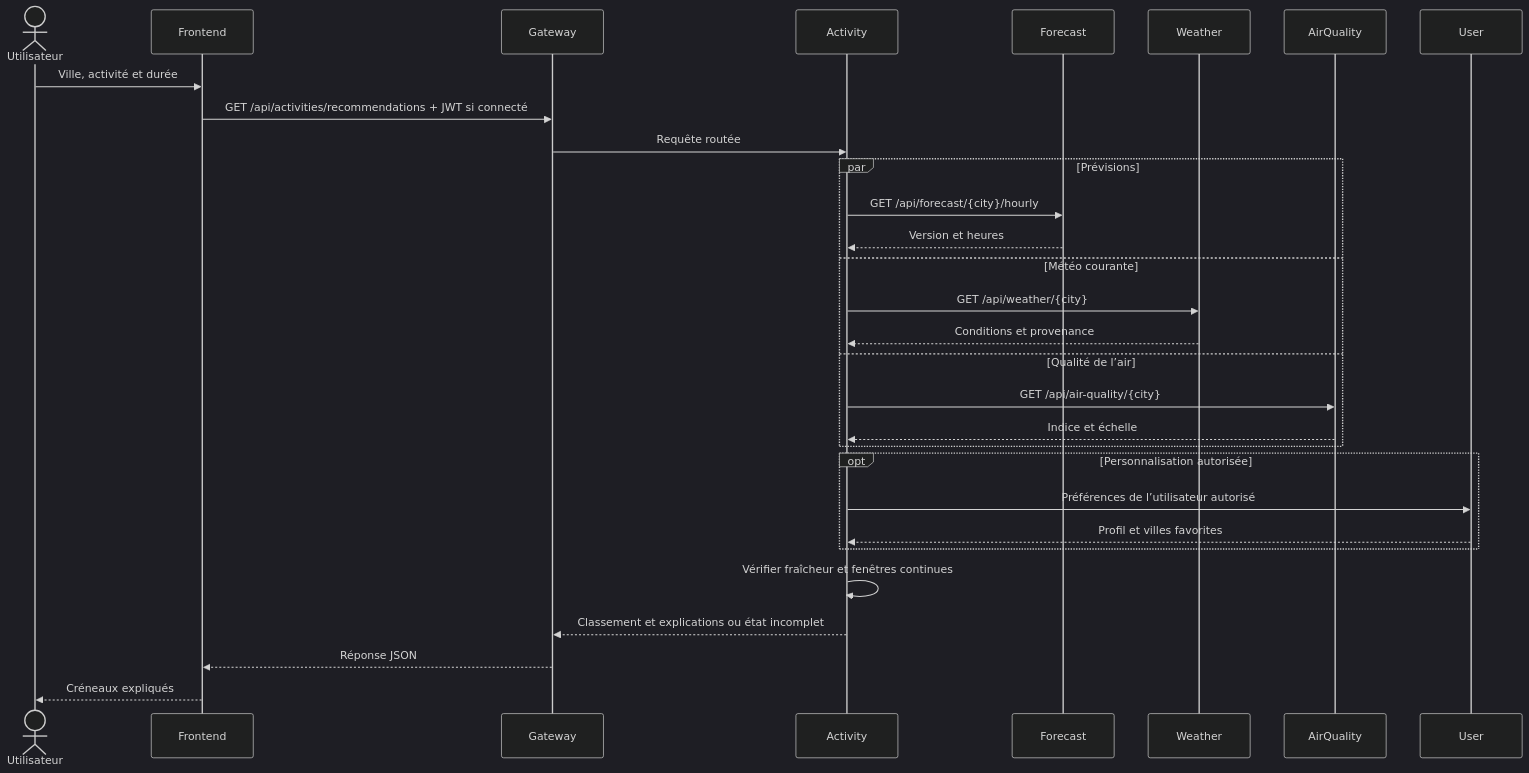
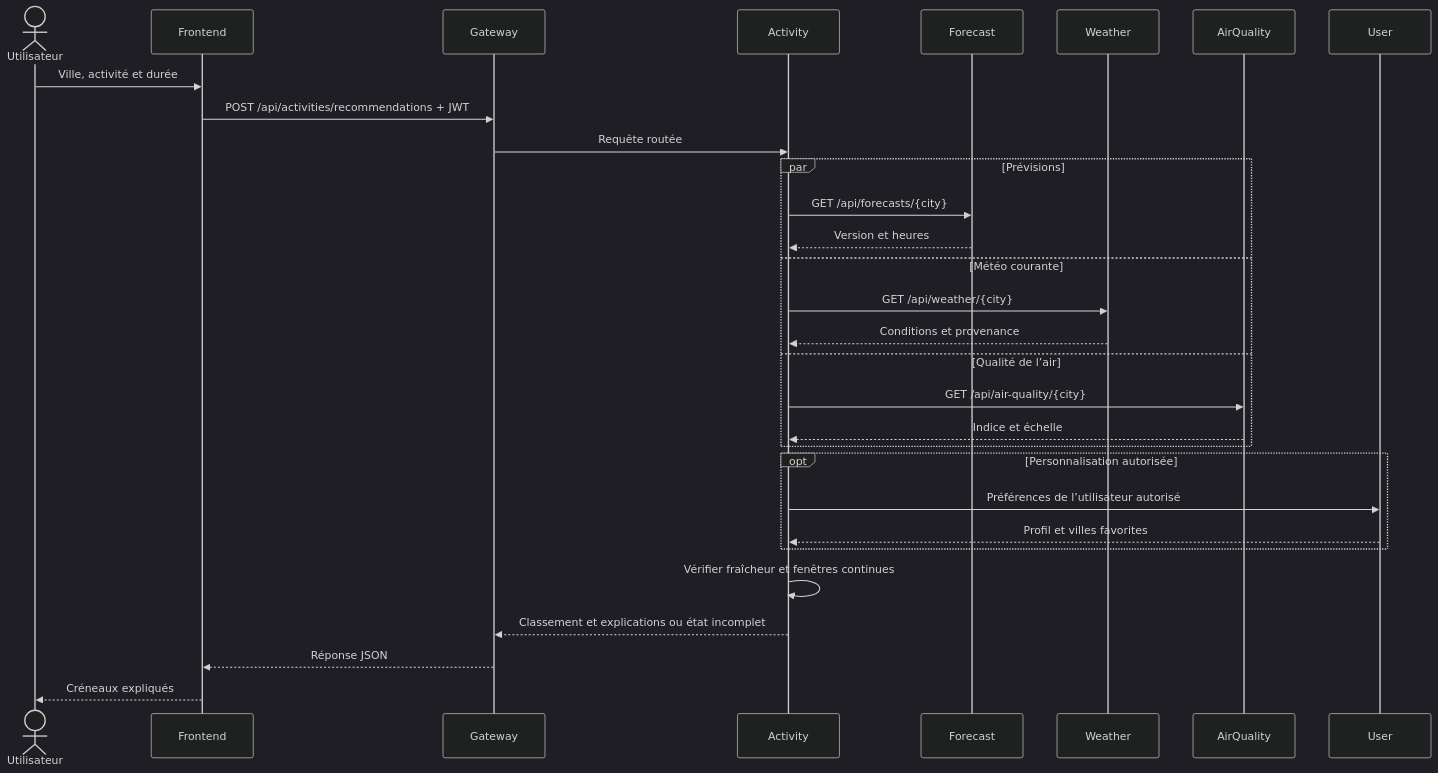
The diagram in Documentation/Diagrams/sequence-recommandation.mmd (sayhi124/MeteoSentinel-AWD), drawn with Mermaid (dark theme) before and after one commit. The commit also changed 11 other files, not shown here.

Commit message:
Synchronize sequence diagrams and document verified public delivery

```diff
--- a/Documentation/Diagrams/sequence-recommandation.mmd
+++ b/Documentation/Diagrams/sequence-recommandation.mmd
@@ -1,30 +1,30 @@
 sequenceDiagram
  actor U as Utilisateur
  participant FE as Frontend
  participant GW as Gateway
  participant A as Activity
  participant F as Forecast
  participant W as Weather
  participant AQ as AirQuality
  participant US as User
  U->>FE: Ville, activité et durée
- FE->>GW: GET /api/activities/recommendations + JWT si connecté
+ FE->>GW: POST /api/activities/recommendations + JWT
  GW->>A: Requête routée
  par Prévisions
-  A->>F: GET /api/forecast/{city}/hourly
+  A->>F: GET /api/forecasts/{city}
   F-->>A: Version et heures
  and Météo courante
   A->>W: GET /api/weather/{city}
   W-->>A: Conditions et provenance
  and Qualité de l’air
   A->>AQ: GET /api/air-quality/{city}
   AQ-->>A: Indice et échelle
  end
  opt Personnalisation autorisée
   A->>US: Préférences de l’utilisateur autorisé
   US-->>A: Profil et villes favorites
  end
  A->>A: Vérifier fraîcheur et fenêtres continues
  A-->>GW: Classement et explications ou état incomplet
  GW-->>FE: Réponse JSON
  FE-->>U: Créneaux expliqués
```
